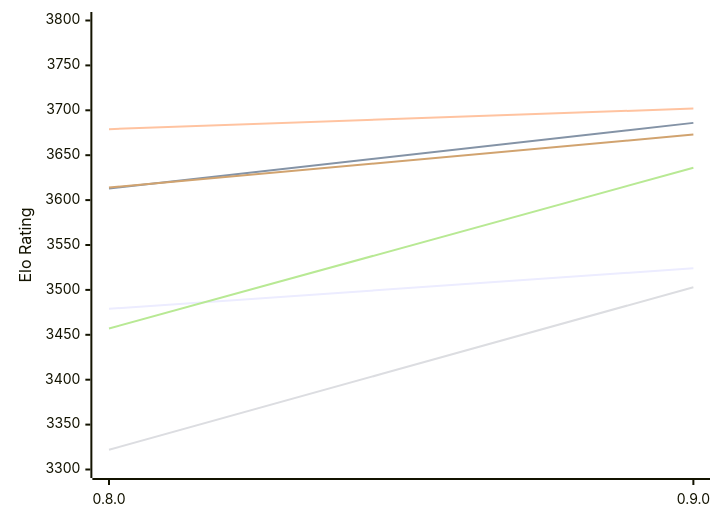
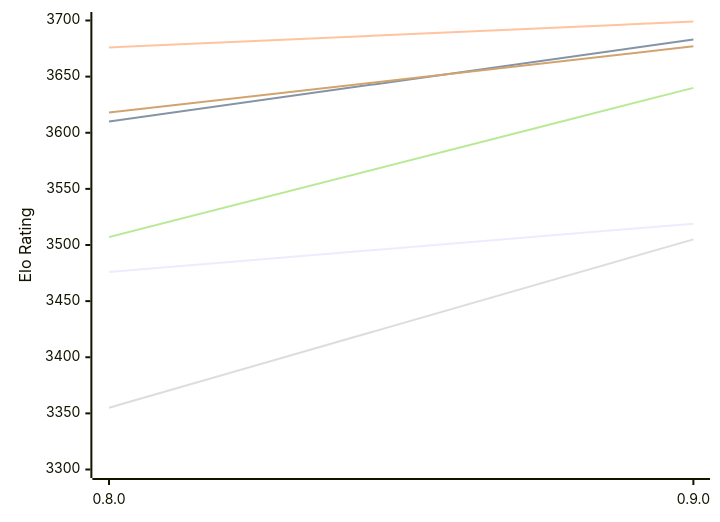
One commit to computer-chess-index/cci changed the first of 2 diagrams in engines/Reckless.md. Above: the diagram before and after it, drawn with Mermaid. The commit also changed other lines of this file, not shown here.

Commit message:
Update CCI Ratings (ELO VLTC) - 2026-11-21

````diff
--- a/engines/Reckless.md
+++ b/engines/Reckless.md
@@ -50,12 +50,12 @@
 ```mermaid
 %%{init: {"theme":"base","themeVariables":{"seriesColors:['#a3a3a3','#222221','#faa371']}}}%%
 xychart-beta
   x-axis ["0.8.0", "0.9.0"]
-  y-axis "Elo Rating" 3300 --> 3800
-  line "E1: STC (8.0+0.08s)" [3479, 3524]
-  line "E1: LTC (60.0+0.60s)" [3613, 3686]
-  line "E1: VLTC (2m24s+1.12s)" [3679, 3702]
-  line "P1: STC (8.0+0.08s)" [3322, 3503]
-  line "P1: LTC (60.0+0.60s)" [3457, 3636]
-  line "P1: VLTC (2m24s+1.12s)" [3614, 3673]
+  y-axis "Elo Rating" 3300 --> 3700
+  line "E1: STC (8.0+0.08s)" [3476, 3519]
+  line "E1: LTC (60.0+0.60s)" [3610, 3683]
+  line "E1: VLTC (2m24s+1.12s)" [3676, 3699]
+  line "P1: STC (8.0+0.08s)" [3355, 3505]
+  line "P1: LTC (60.0+0.60s)" [3507, 3640]
+  line "P1: VLTC (2m24s+1.12s)" [3618, 3677]
 ```
````
